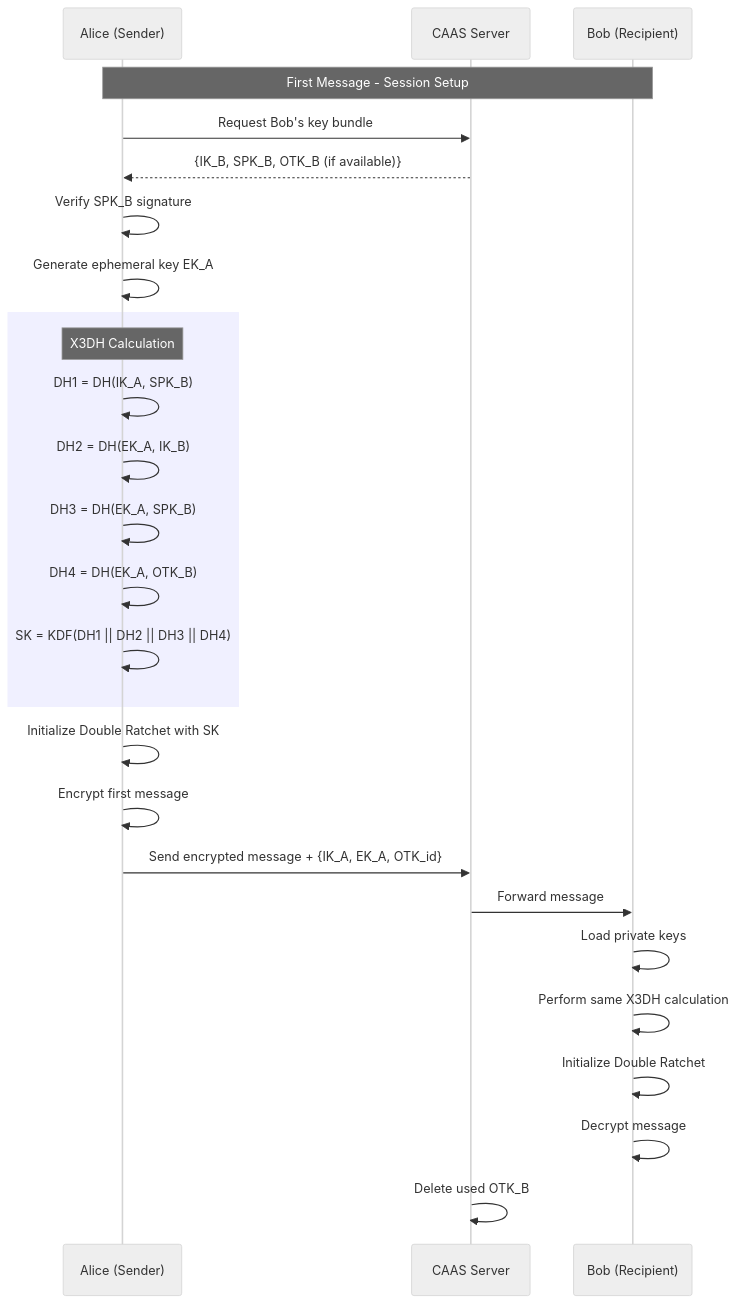
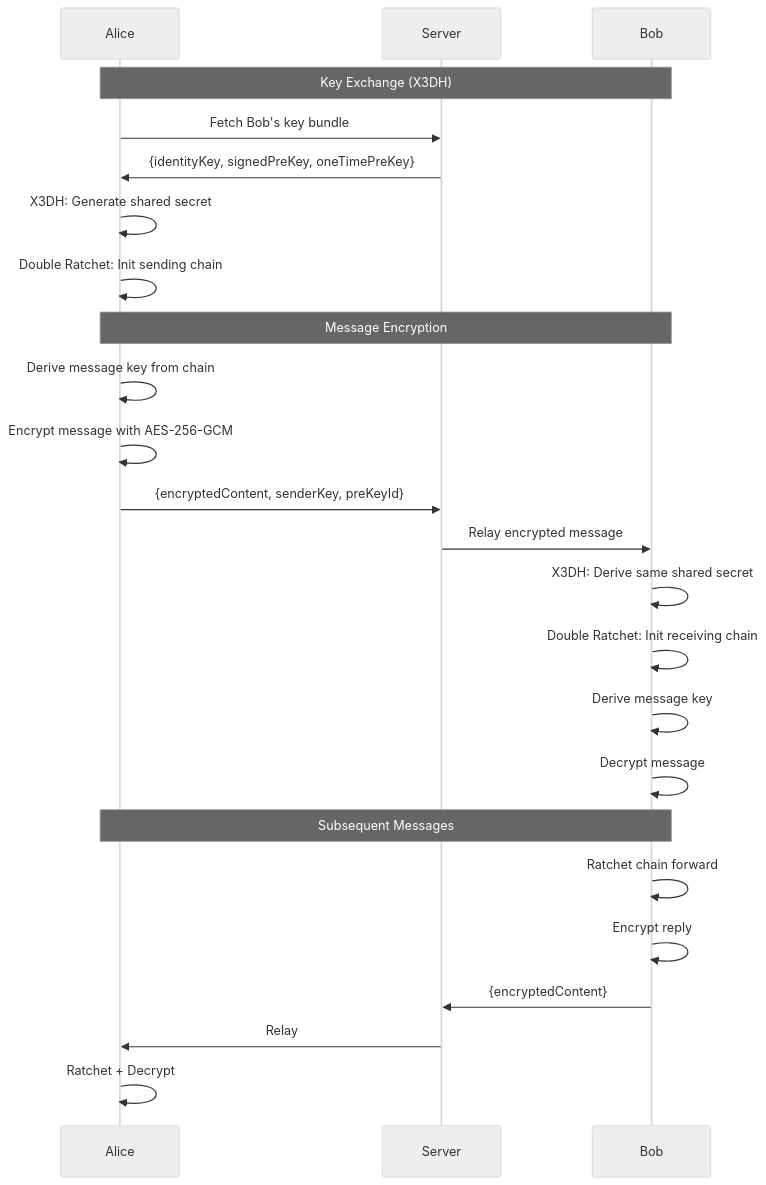
Before and after one commit to AtharvaBansod/CAAS: the diagram in flowdiagram/e2e-encryption-flow.md, drawn with Mermaid (neutral theme). The commit also changed other lines of this file and 60 other files, not shown here.

````diff
--- a/flowdiagram/e2e-encryption-flow.md
+++ b/flowdiagram/e2e-encryption-flow.md
@@ -44,36 +9,35 @@
 ```mermaid
 sequenceDiagram
-    participant Alice as Alice (Sender)
-    participant Server as CAAS Server
-    participant Bob as Bob (Recipient)
-
-    Note over Alice,Bob: First Message - Session Setup
-
-    Alice->>Server: Request Bob's key bundle
-    Server-->>Alice: {IK_B, SPK_B, OTK_B (if available)}
+    participant Alice
+    participant Server
+    participant Bob
     
-    Alice->>Alice: Verify SPK_B signature
-    Alice->>Alice: Generate ephemeral key EK_A
+    Note over Alice,Bob: Key Exchange (X3DH)
     
-    rect rgb(240, 240, 255)
-        Note over Alice: X3DH Calculation
-        Alice->>Alice: DH1 = DH(IK_A, SPK_B)
-        Alice->>Alice: DH2 = DH(EK_A, IK_B)
-        Alice->>Alice: DH3 = DH(EK_A, SPK_B)
-        Alice->>Alice: DH4 = DH(EK_A, OTK_B)
-        Alice->>Alice: SK = KDF(DH1 || DH2 || DH3 || DH4)
-    end
+    Alice->>Server: Fetch Bob's key bundle
+    Server->>Alice: {identityKey, signedPreKey, oneTimePreKey}
     
-    Alice->>Alice: Initialize Double Ratchet with SK
-    Alice->>Alice: Encrypt first message
+    Alice->>Alice: X3DH: Generate shared secret
+    Alice->>Alice: Double Ratchet: Init sending chain
     
-    Alice->>Server: Send encrypted message + {IK_A, EK_A, OTK_id}
-    Server->>Bob: Forward message
+    Note over Alice,Bob: Message Encryption
     
-    Bob->>Bob: Load private keys
-    Bob->>Bob: Perform same X3DH calculation
-    Bob->>Bob: Initialize Double Ratchet
+    Alice->>Alice: Derive message key from chain
+    Alice->>Alice: Encrypt message with AES-256-GCM
+    
+    Alice->>Server: {encryptedContent, senderKey, preKeyId}
+    Server->>Bob: Relay encrypted message
+    
+    Bob->>Bob: X3DH: Derive same shared secret
+    Bob->>Bob: Double Ratchet: Init receiving chain
+    Bob->>Bob: Derive message key
     Bob->>Bob: Decrypt message
     
-    Server->>Server: Delete used OTK_B
+    Note over Alice,Bob: Subsequent Messages
+    
+    Bob->>Bob: Ratchet chain forward
+    Bob->>Bob: Encrypt reply
+    Bob->>Server: {encryptedContent}
+    Server->>Alice: Relay
+    Alice->>Alice: Ratchet + Decrypt
 ```
````
